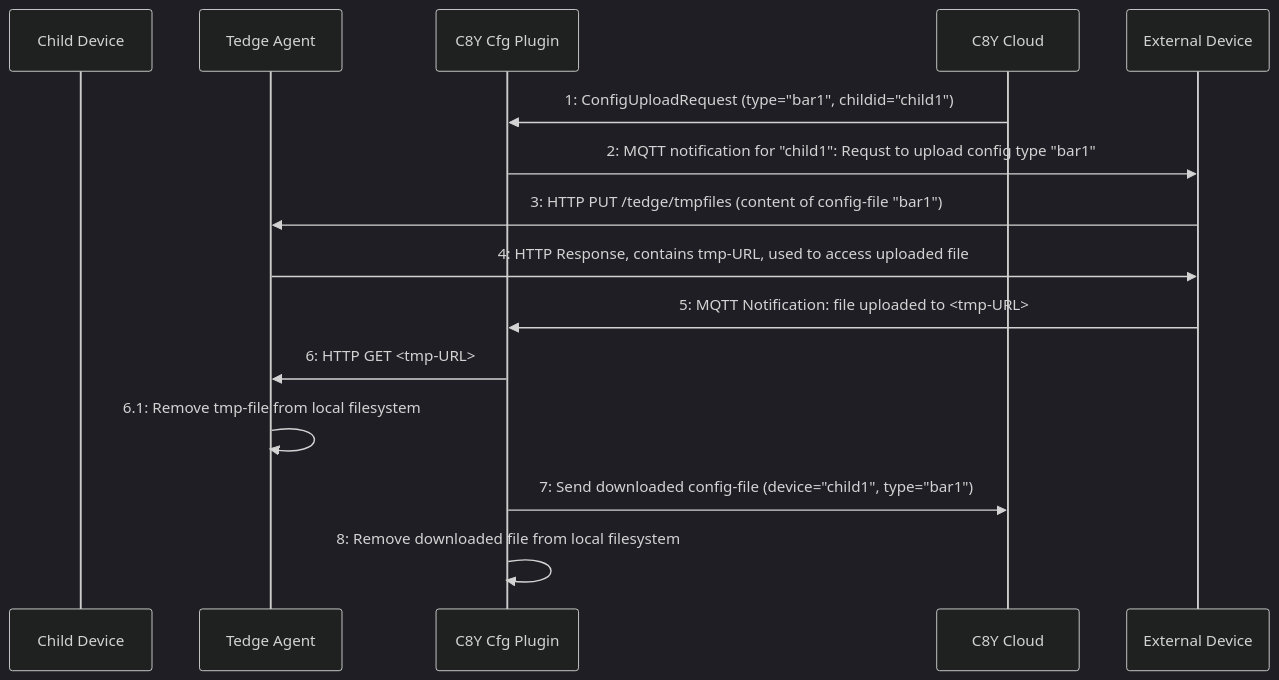
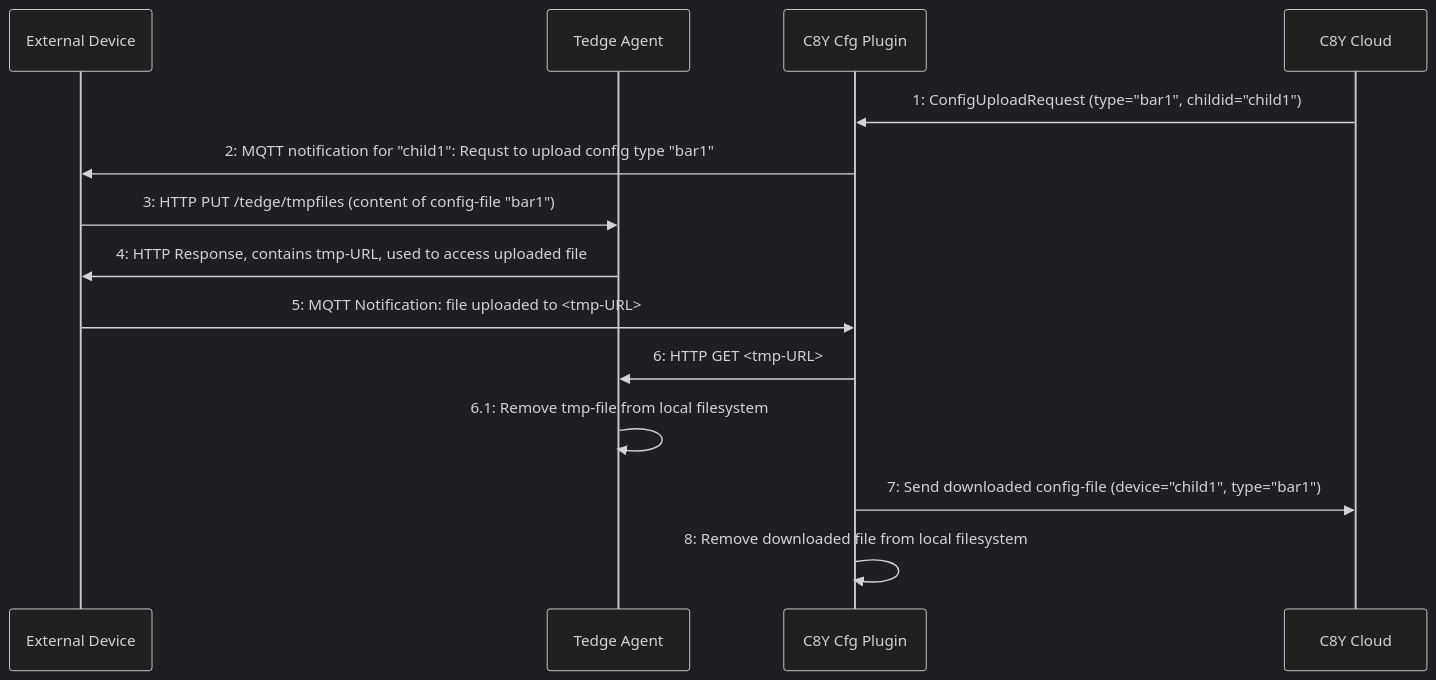
Before and after one commit to thin-edge/thin-edge.io: the first of 2 diagrams in docs/src/references/c8y-configuration-management.md, drawn with Mermaid (dark theme).

Commit message:
corrected sequence flow

````diff
--- a/docs/src/references/c8y-configuration-management.md
+++ b/docs/src/references/c8y-configuration-management.md
@@ -277,21 +277,21 @@
 ```mermaid
 sequenceDiagram
-    participant Child Device
+    participant External Device
     participant Tedge Agent
     participant C8Y Cfg Plugin
     participant C8Y Cloud
 
         C8Y Cloud->>C8Y Cfg Plugin: 1: ConfigUploadRequest (type="bar1", childid="child1")
         C8Y Cfg Plugin->>External Device: 2: MQTT notification for "child1": Requst to upload config type "bar1"
 
         External Device->>Tedge Agent: 3: HTTP PUT /tedge/tmpfiles (content of config-file "bar1")
         Tedge Agent->>External Device: 4: HTTP Response, contains tmp-URL, used to access uploaded file
 
         External Device->>C8Y Cfg Plugin: 5: MQTT Notification: file uploaded to <tmp-URL>
         
         C8Y Cfg Plugin->>Tedge Agent: 6: HTTP GET <tmp-URL>
         Tedge Agent->>Tedge Agent: 6.1: Remove tmp-file from local filesystem
         C8Y Cfg Plugin->>C8Y Cloud: 7: Send downloaded config-file (device="child1", type="bar1") 
 
         C8Y Cfg Plugin->>C8Y Cfg Plugin: 8: Remove downloaded file from local filesystem
 ```
````
